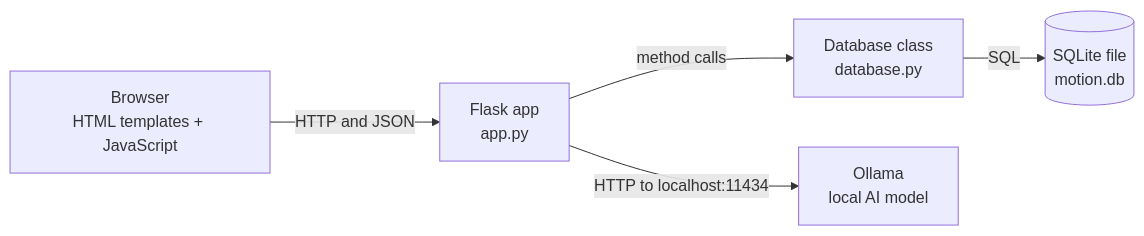
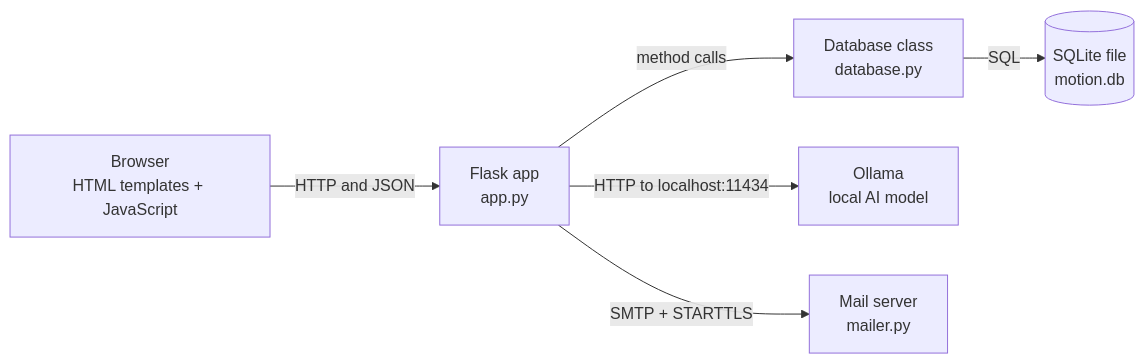
One commit to Garuli/projects changed the first of 3 diagrams in Motion/docs/ARCHITECTURE.md. Above: the diagram before and after it, drawn with Mermaid. The commit also changed other lines of this file and 38 other files, not shown here.

````diff
--- a/Motion/docs/ARCHITECTURE.md
+++ b/Motion/docs/ARCHITECTURE.md
@@ -9,7 +9,8 @@
 ```mermaid
 flowchart LR
     B["Browser<br/>HTML templates + JavaScript"] -->|"HTTP and JSON"| F["Flask app<br/>app.py"]
     F -->|"method calls"| D["Database class<br/>database.py"]
     D -->|"SQL"| S[("SQLite file<br/>motion.db")]
     F -->|"HTTP to localhost:11434"| O["Ollama<br/>local AI model"]
+    F -->|"SMTP + STARTTLS"| M["Mail server<br/>mailer.py"]
 ```
````
